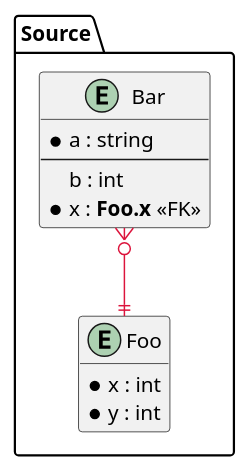
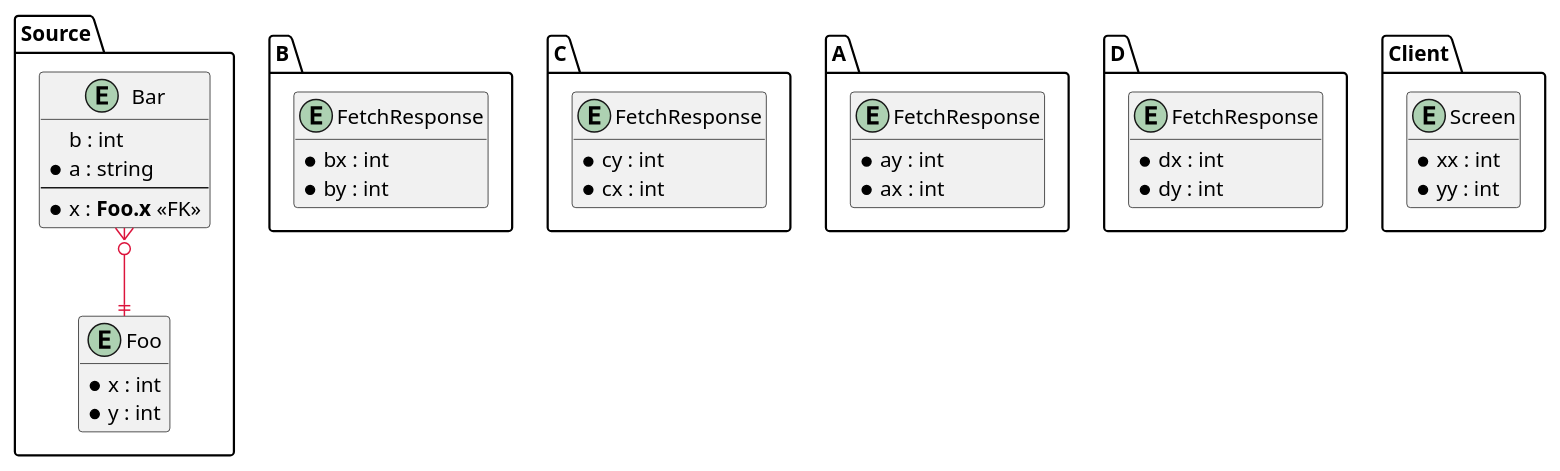
The diagram in pkg/arrai/out/data_diagram.puml (anz-bank/sysl), drawn with PlantUML before and after one commit. The commit also changed 15 other files, not shown here.

```diff
--- a/pkg/arrai/out/data_diagram.puml
+++ b/pkg/arrai/out/data_diagram.puml
@@ -1,24 +1,86 @@
 @startuml
 skinparam component {
   BackgroundColor FloralWhite
   BorderColor Black
   ArrowColor Crimson
 }
 skinparam stereotypeCBackgroundColor Orchid
 hide methods
 
 entity Source.Bar {
+  b : int
+}
+
+entity Source.Bar {
   * a : string
   --
-  b : int
+}
+
+entity Source.Bar {
   * x : **Foo.x** <<FK>>
+}
+
+entity B.FetchResponse {
+  * bx : int
+}
+
+entity C.FetchResponse {
+  * cy : int
+}
+
+entity B.FetchResponse {
+  * by : int
+}
+
+entity A.FetchResponse {
+  * ay : int
+}
+
+entity D.FetchResponse {
+  * dx : int
+}
+
+entity D.FetchResponse {
+  * dy : int
+}
+
+entity C.FetchResponse {
+  * cx : int
+}
+
+entity A.FetchResponse {
+  * ax : int
 }
 
 entity Source.Foo {
   * x : int
+}
+
+entity Source.Foo {
   * y : int
 }
 
+entity Client.Screen {
+  * xx : int
+}
+
+entity Client.Screen {
+  * yy : int
+}
+
+
+
 Source.Bar             }o--|| Source.Foo
 
+
+
+
+
+
+
+
+
+
+
+
 @enduml
```
